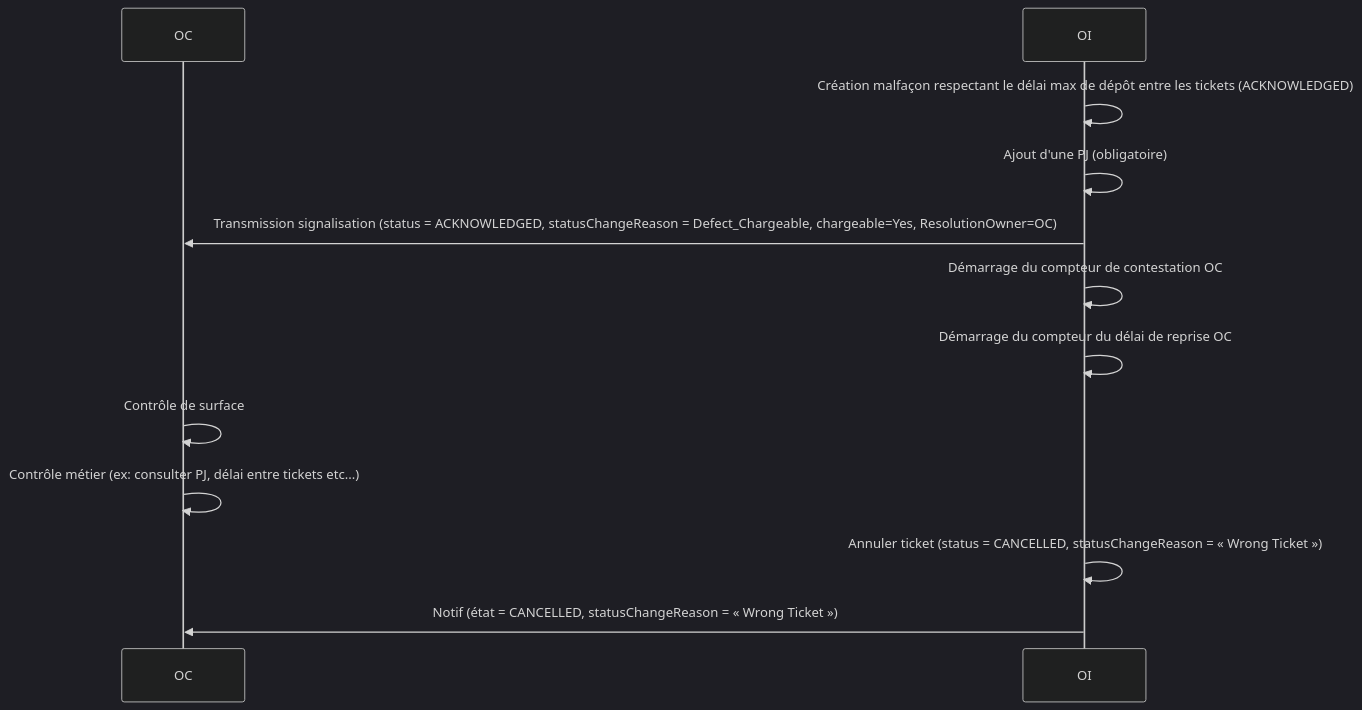
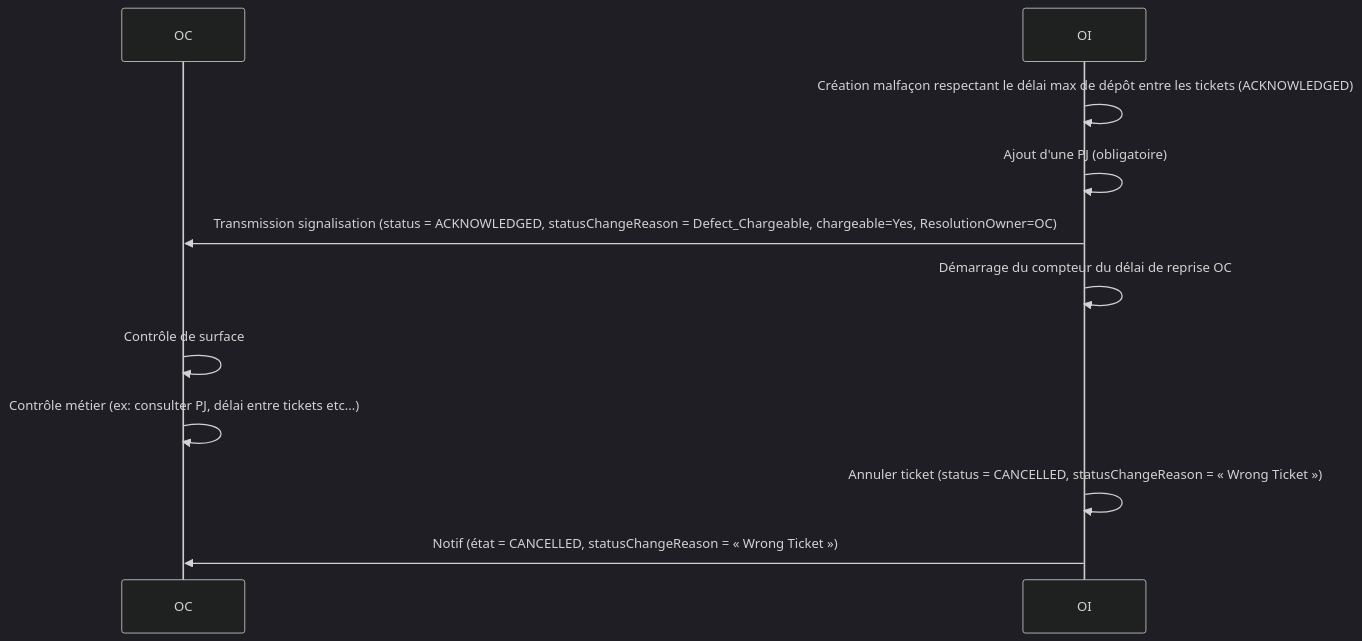
Diagram 11 of 13 in README.md (before-interop/malfacon), drawn with Mermaid (dark theme) before and after one commit. The commit also changed other lines of this file and 2 other files, not shown here.

````diff
--- a/README.md
+++ b/README.md
@@ -581,16 +579,15 @@
 ```mermaid
 sequenceDiagram
 
   participant OC
   participant OI
 
   OI->>OI: Création malfaçon respectant le délai max de dépôt entre les tickets (ACKNOWLEDGED)
   OI->>OI: Ajout d'une PJ (obligatoire)
   OI->>OC: Transmission signalisation (status = ACKNOWLEDGED, statusChangeReason = Defect_Chargeable, chargeable=Yes, ResolutionOwner=OC)
-  OI->>OI: Démarrage du compteur de contestation OC
   OI->>OI: Démarrage du compteur du délai de reprise OC
   OC->>OC: Contrôle de surface
   OC->>OC: Contrôle métier (ex: consulter PJ, délai entre tickets etc...)
   OI->>OI: Annuler ticket (status = CANCELLED, statusChangeReason = « Wrong Ticket »)
   OI->>OC: Notif (état = CANCELLED, statusChangeReason = « Wrong Ticket »)
 ```
````
